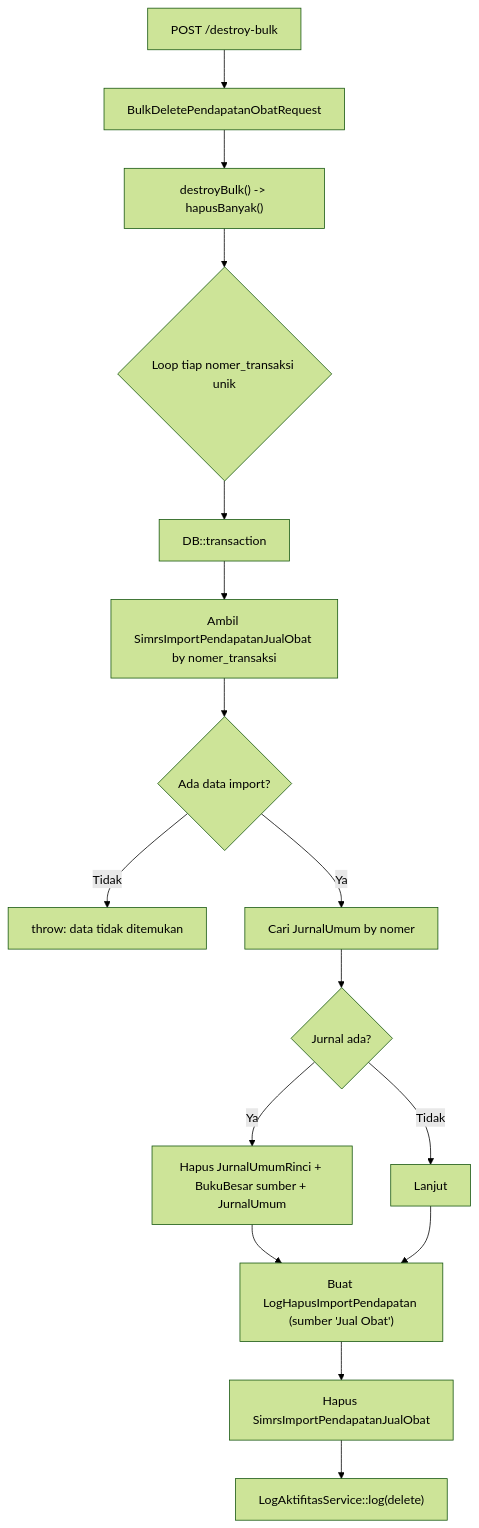
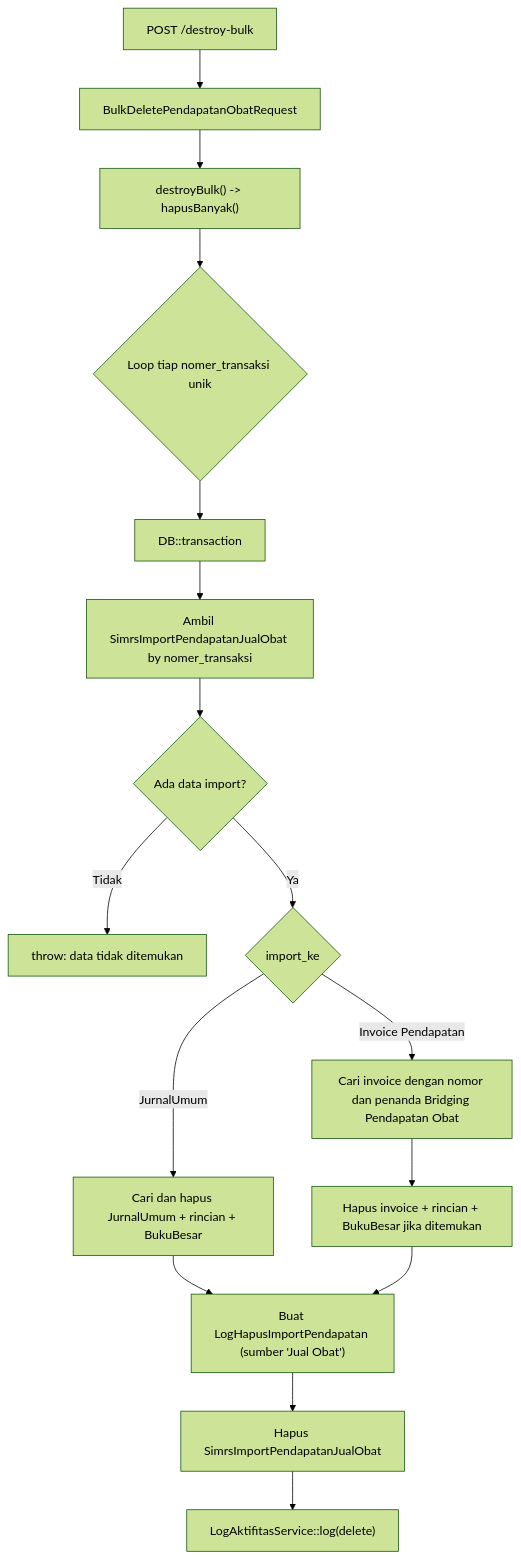
One commit to AltamaSidoarjo/laravel-siakurat-pt-smt changed the third of 3 diagrams in dokumentasi/bridging-pendapatan-obat.md. Above: the diagram before and after it, drawn with Mermaid (forest theme). The commit also changed other lines of this file and 8 other files, not shown here.

Commit message:
Add invoice import for obat bridging

````diff
--- a/dokumentasi/bridging-pendapatan-obat.md
+++ b/dokumentasi/bridging-pendapatan-obat.md
@@ -112,18 +135,18 @@
 ```mermaid
 flowchart TD
     A["POST /destroy-bulk"] --> B["BulkDeletePendapatanObatRequest"]
     B --> C["destroyBulk() -> hapusBanyak()"]
     C --> D{"Loop tiap nomer_transaksi unik"}
     D --> E["DB::transaction"]
     E --> F["Ambil SimrsImportPendapatanJualObat by nomer_transaksi"]
     F --> G{"Ada data import?"}
     G -- Tidak --> H["throw: data tidak ditemukan"]
-    G -- Ya --> I["Cari JurnalUmum by nomer"]
-    I --> J{"Jurnal ada?"}
-    J -- Ya --> K["Hapus JurnalUmumRinci + BukuBesar sumber + JurnalUmum"]
-    J -- Tidak --> L["Lanjut"]
-    K --> M["Buat LogHapusImportPendapatan (sumber 'Jual Obat')"]
+    G -- Ya --> I{"import_ke"}
+    I -- JurnalUmum --> J["Cari dan hapus JurnalUmum + rincian + BukuBesar"]
+    I -- Invoice Pendapatan --> K["Cari invoice dengan nomor dan penanda Bridging Pendapatan Obat"]
+    K --> L["Hapus invoice + rincian + BukuBesar jika ditemukan"]
+    J --> M["Buat LogHapusImportPendapatan (sumber 'Jual Obat')"]
     L --> M
     M --> N["Hapus SimrsImportPendapatanJualObat"]
     N --> O["LogAktifitasService::log(delete)"]
 ```
````
